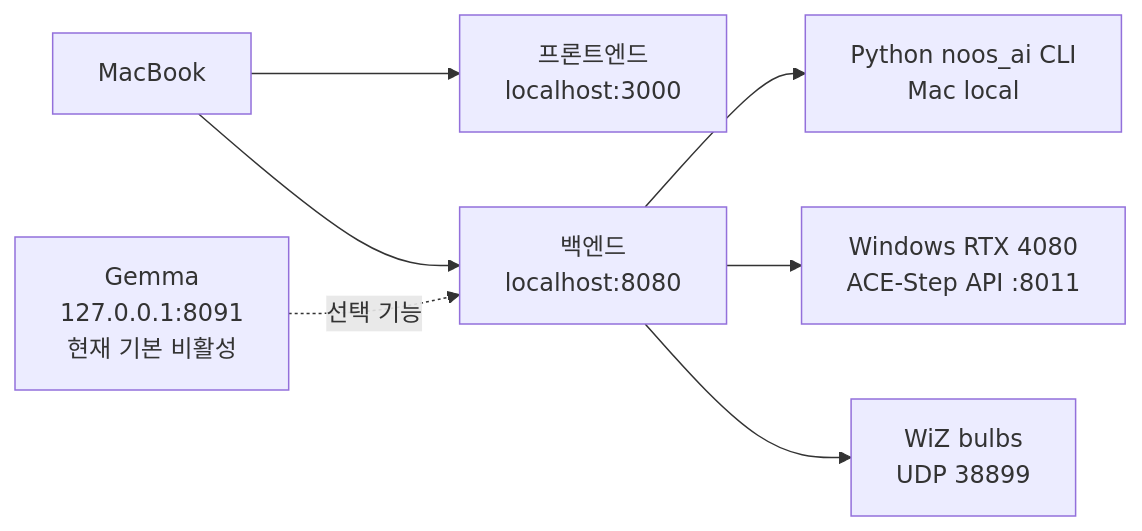
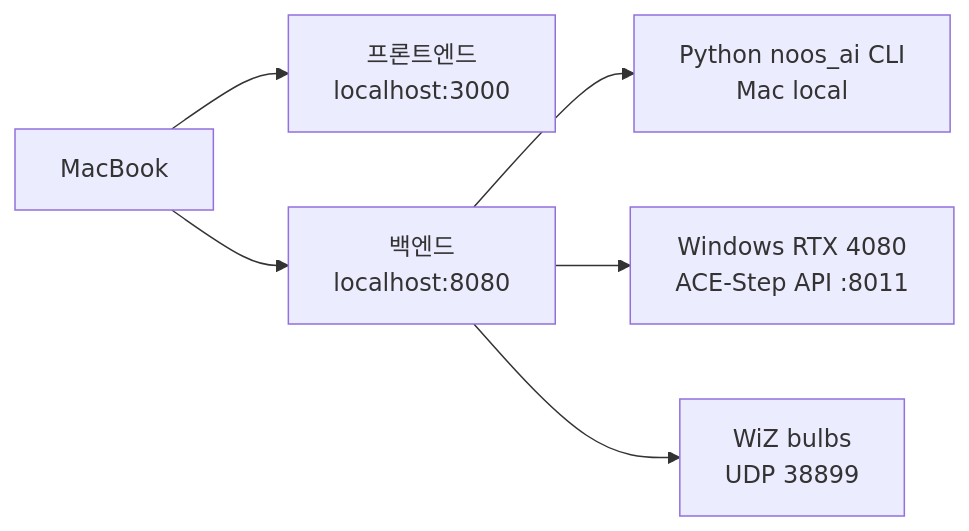
One commit to soonha01/noosbeta260215 changed the sixth of 7 diagrams in docs/system-flow-diagrams/README.md. Above: the diagram before and after it, drawn with Mermaid. The commit also changed 373 other files, not shown here.

````diff
--- a/docs/system-flow-diagrams/README.md
+++ b/docs/system-flow-diagrams/README.md
@@ -104,9 +104,8 @@
 ```mermaid
 flowchart LR
   MAC["MacBook"] --> V["프론트엔드<br/>localhost:3000"]
   MAC --> S["백엔드<br/>localhost:8080"]
   S --> PY["Python noos_ai CLI<br/>Mac local"]
   S --> WIN["Windows RTX 4080<br/>ACE-Step API :8011"]
   S --> BULB["WiZ bulbs<br/>UDP 38899"]
-  GEM["Gemma<br/>127.0.0.1:8091<br/>현재 기본 비활성"] -. 선택 기능 .-> S
 ```
````
